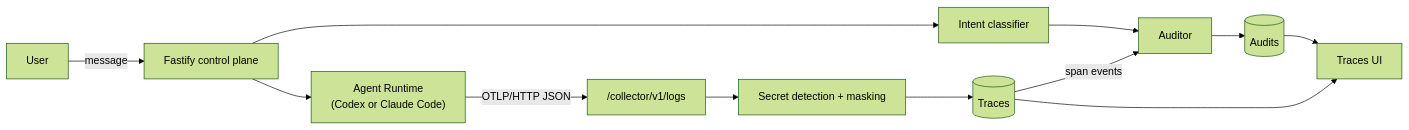
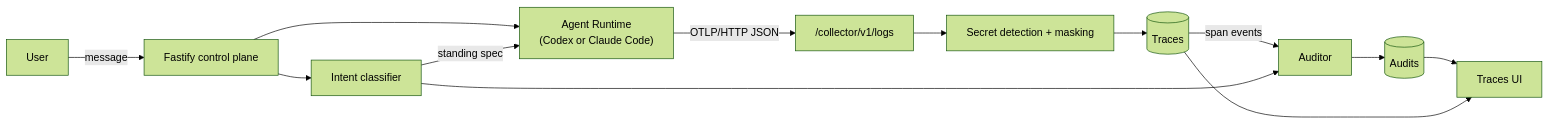
Before and after one commit to Not-jovan/Monkey: the diagram in docs/GLASS_BOX.md, drawn with Mermaid (forest theme). The commit also changed other lines of this file and 31 other files, not shown here.

````diff
--- a/docs/GLASS_BOX.md
+++ b/docs/GLASS_BOX.md
@@ -13,14 +13,15 @@
 ```mermaid
 flowchart LR
     User["User"] -->|message| API["Fastify control plane"]
     API --> Intent["Intent classifier"]
     API --> Runtime["Agent Runtime\n(Codex or Claude Code)"]
+    Intent -->|standing spec| Runtime
     Runtime -->|OTLP/HTTP JSON| Collector["/collector/v1/logs"]
     Collector --> Redact["Secret detection + masking"]
     Redact --> Traces[("Traces")]
     Traces -->|span events| Audit["Auditor"]
     Intent --> Audit
     Audit --> Audits[("Audits")]
     Audits --> UI["Traces UI"]
     Traces --> UI
 ```
````
